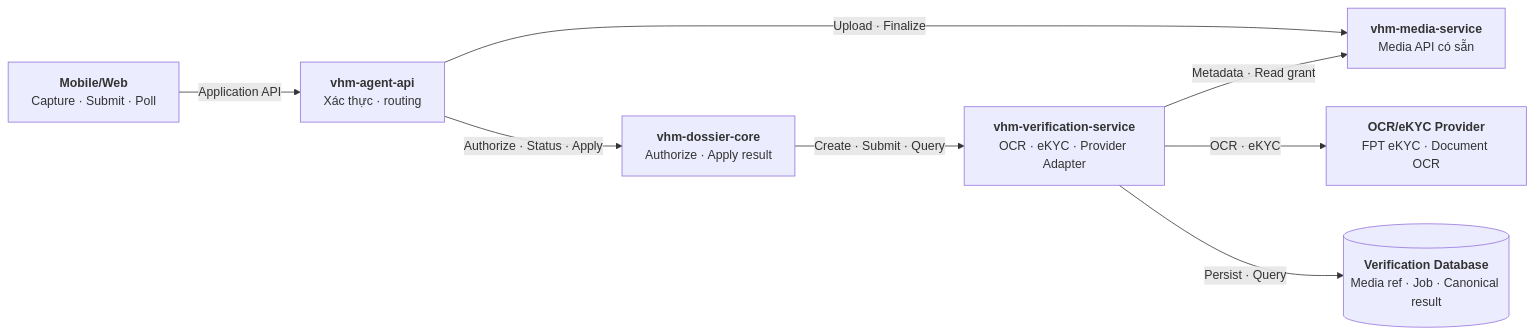
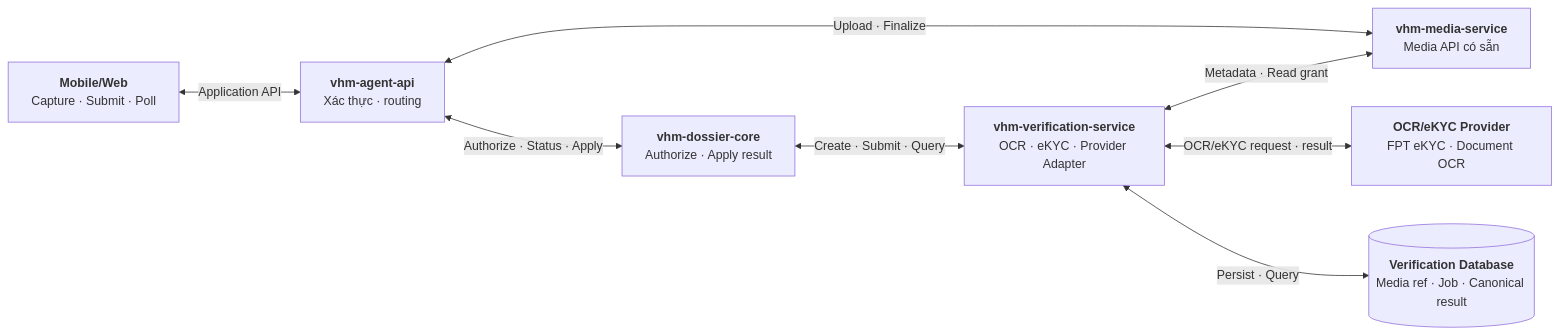
Before and after one commit to huynv-xyz/vhm: the first of 8 diagrams in noxh.md, drawn with Mermaid. The commit also changed other lines of this file, not shown here.

````diff
--- a/noxh.md
+++ b/noxh.md
@@ -75,25 +75,25 @@
 ```mermaid
 flowchart LR
     CLIENT["`**Mobile/Web**
 Capture · Submit · Poll`"]
     BFF["`**vhm-agent-api**
 Xác thực · routing`"]
     DOSSIER["`**vhm-dossier-core**
 Authorize · Apply result`"]
     MEDIA_SERVICE["`**vhm-media-service**
 Media API có sẵn`"]
     VERIFY["`**vhm-verification-service**
 OCR · eKYC · Provider Adapter`"]
     PROVIDER["`**OCR/eKYC Provider**
 FPT eKYC · Document OCR`"]
     DB[("`**Verification Database**
 Media ref · Job · Canonical result`")]
 
-    CLIENT -->|"Application API"| BFF
-    BFF -->|"Authorize · Status · Apply"| DOSSIER
-    BFF -->|"Upload · Finalize"| MEDIA_SERVICE
-    DOSSIER -->|"Create · Submit · Query"| VERIFY
-    VERIFY -->|"Metadata · Read grant"| MEDIA_SERVICE
-    VERIFY -->|"OCR · eKYC"| PROVIDER
-    VERIFY -->|"Persist · Query"| DB
+    CLIENT <-->|"Application API"| BFF
+    BFF <-->|"Authorize · Status · Apply"| DOSSIER
+    BFF <-->|"Upload · Finalize"| MEDIA_SERVICE
+    DOSSIER <-->|"Create · Submit · Query"| VERIFY
+    VERIFY <-->|"Metadata · Read grant"| MEDIA_SERVICE
+    VERIFY <-->|"OCR/eKYC request · result"| PROVIDER
+    VERIFY <-->|"Persist · Query"| DB
 ```
````
